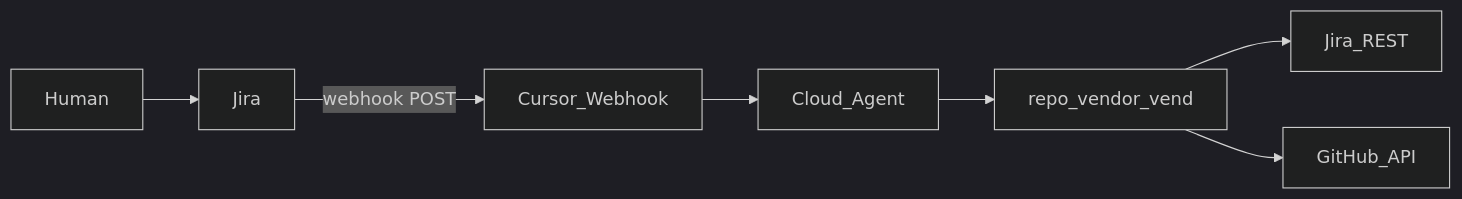
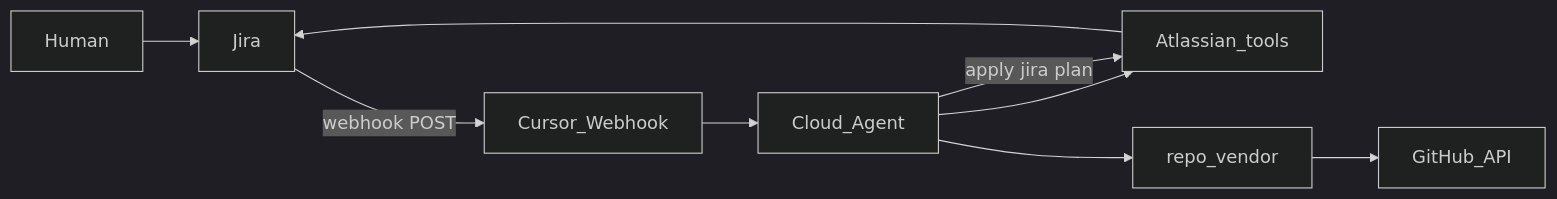
The diagram in docs/jira-setup.md (pete-leese/agentic-repo-vending), drawn with Mermaid (dark theme) before and after one commit. The commit also changed other lines of this file and 13 other files, not shown here.

First line of the commit message:
Jira via Atlassian tools: status, labels, and vend JSON plan (#3)

````diff
--- a/docs/jira-setup.md
+++ b/docs/jira-setup.md
@@ -7,9 +7,11 @@
 ```mermaid
 flowchart LR
   Human --> Jira
   Jira -->|webhook POST| CursorWH[Cursor_Webhook]
   CursorWH --> Agent[Cloud_Agent]
-  Agent --> CLI[repo_vendor_vend]
-  CLI --> JiraAPI[Jira_REST]
+  Agent --> Atlassian[Atlassian_tools]
+  Atlassian --> Jira
+  Agent --> CLI[repo_vendor]
   CLI --> GitHub[GitHub_API]
+  Agent -->|apply jira plan| Atlassian
 ```
````
